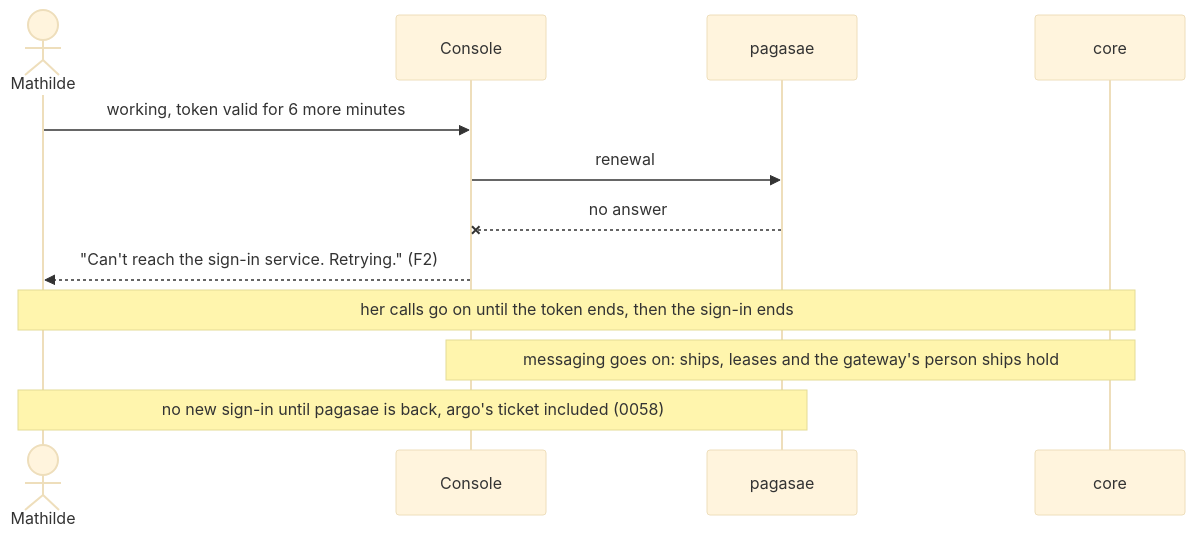
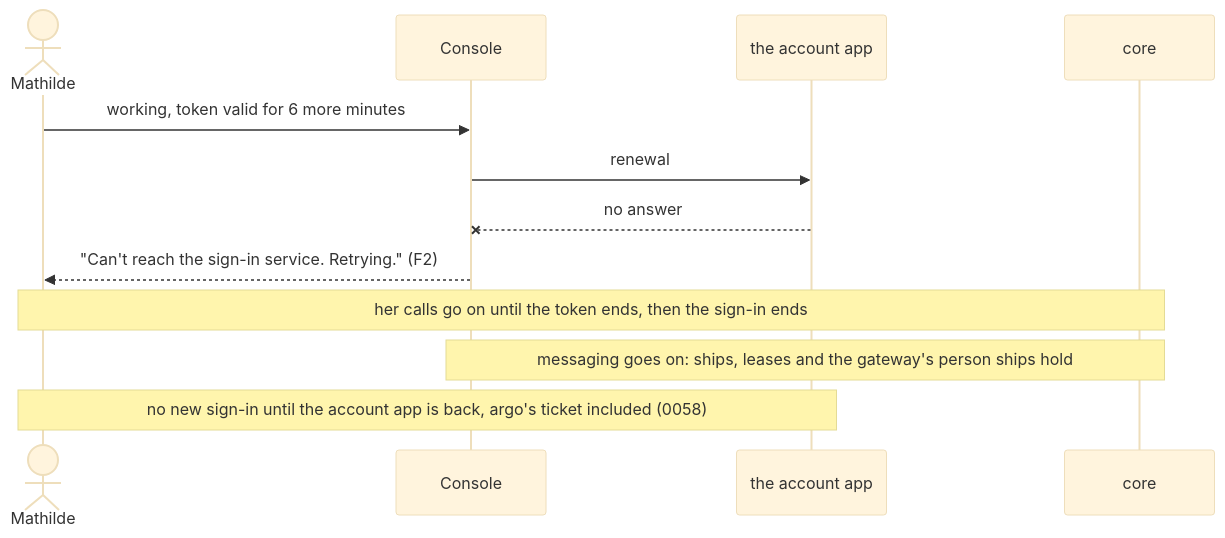
Before and after one commit to ThomasHendrickx/aeolus-fleet: the eighth of 10 diagrams in docs/design/accounts/console.md, drawn with Mermaid (base theme). The commit also changed other lines of this file and 157 other files, not shown here.

Commit message:
refactor: use neutral account app terminology

````diff
--- a/docs/design/accounts/console.md
+++ b/docs/design/accounts/console.md
@@ -279,14 +279,14 @@
 ```mermaid
 sequenceDiagram
   actor M as Mathilde
   participant K as Console
-  participant P as pagasae
+  participant P as the account app
   participant C as core
   M->>K: working, token valid for 6 more minutes
   K->>P: renewal
   P--xK: no answer
   K-->>M: "Can't reach the sign-in service. Retrying." (F2)
   Note over M,C: her calls go on until the token ends, then the sign-in ends
   Note over K,C: messaging goes on: ships, leases and the gateway's person ships hold
-  Note over M,P: no new sign-in until pagasae is back, argo's ticket included (0058)
+  Note over M,P: no new sign-in until the account app is back, argo's ticket included (0058)
 ```
````
